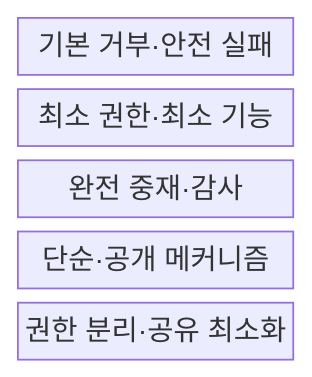
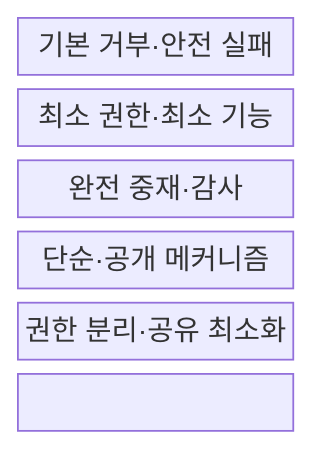
The first of 2 diagrams in src/content/docs/notes/05-security/137_security_design_principles.md (agnusdei1207/knowledge-base), drawn with Mermaid before and after one commit. The commit also changed other lines of this file and 151 other files, not shown here.

````diff
--- a/src/content/docs/notes/05-security/137_security_design_principles.md
+++ b/src/content/docs/notes/05-security/137_security_design_principles.md
@@ -57,9 +57,11 @@
 ```mermaid
 block-beta
   columns 1
   D["기본 거부·안전 실패"]
   L["최소 권한·최소 기능"]
   M["완전 중재·감사"]
   E["단순·공개 메커니즘"]
   S["권한 분리·공유 최소화"]
+  D --- L --- M
+  M --- E --- S
 ```
````
